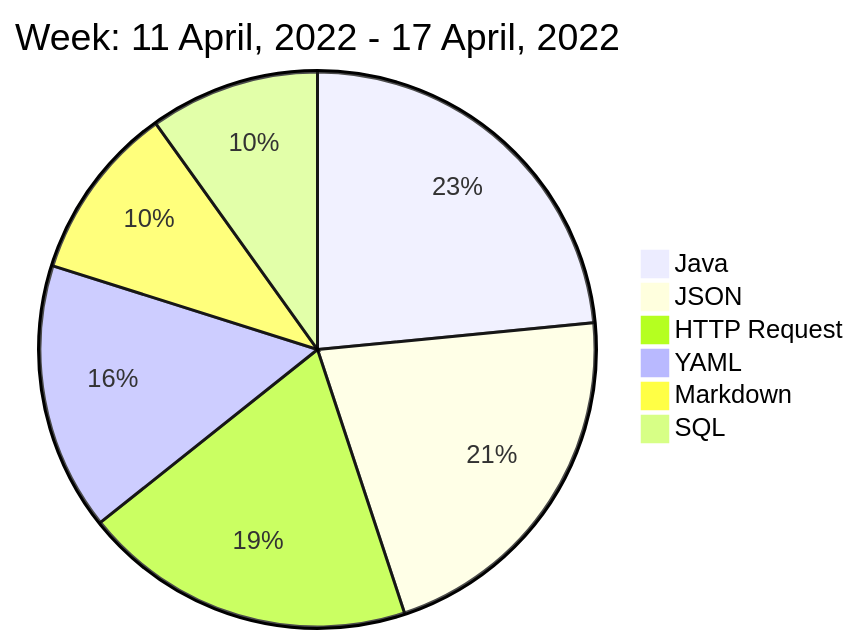
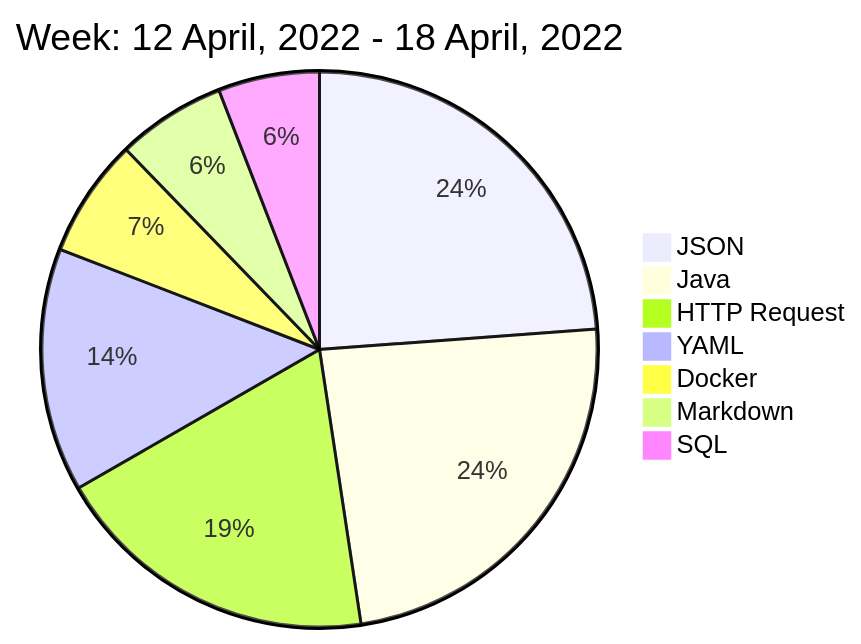
One commit to liubin95/liubin95 changed the diagram in README.md. Above: the diagram before and after it, drawn with Mermaid.

Commit message:
Updated the Graph with new Metrics

````diff
--- a/README.md
+++ b/README.md
@@ -40,10 +40,11 @@
 ```mermaid
  pie
-title Week: 11 April, 2022 - 17 April, 2022
- "Java" : 5.27
- "JSON" : 4.82
- "HTTP Request" : 4.35
- "YAML" : 3.5
- "Markdown" : 2.3
- "SQL" : 2.22
+title Week: 12 April, 2022 - 18 April, 2022
+ "JSON" : 5.18
+ "Java" : 5.17
+ "HTTP Request" : 4.15
+ "YAML" : 3.08
+ "Docker" : 1.5
+ "Markdown" : 1.38
+ "SQL" : 1.28
 ```
````
